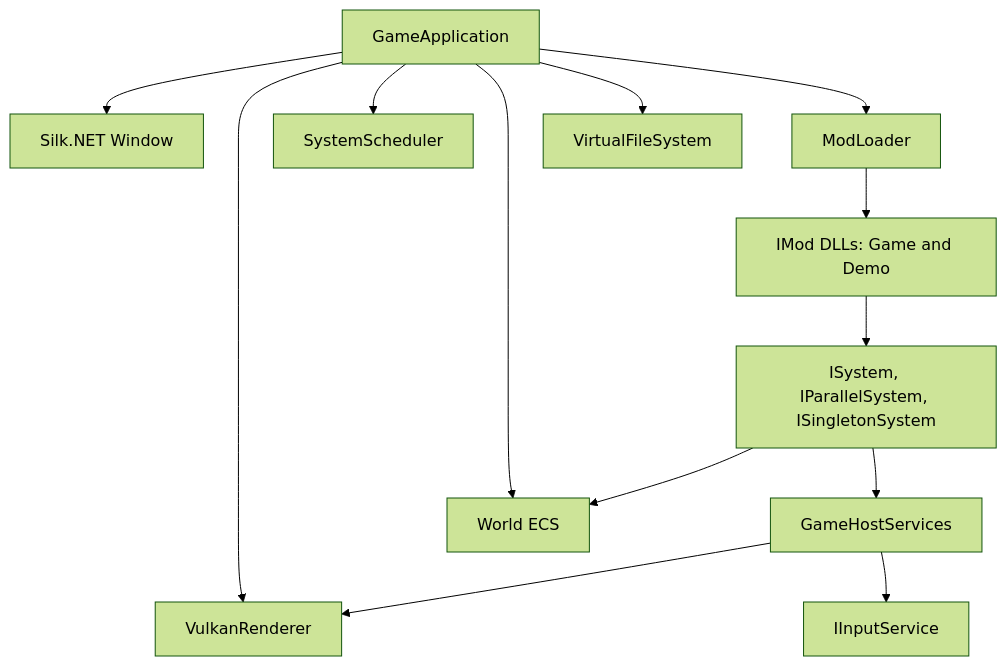
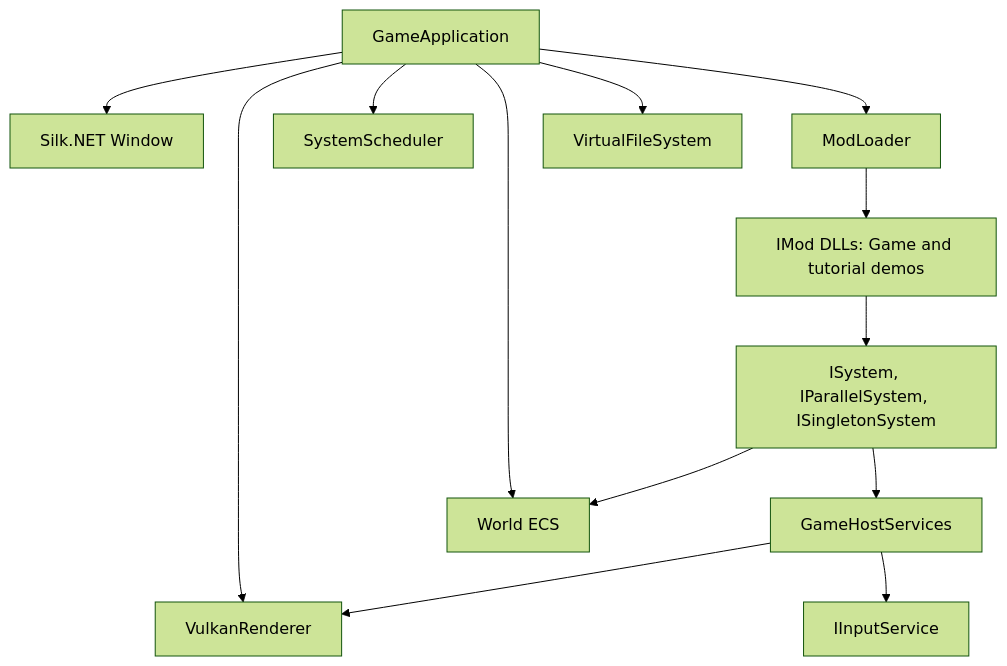
Before and after one commit to wallacet/Cyberland: the diagram in README.md, drawn with Mermaid (forest theme). The commit also changed other lines of this file and 28 other files, not shown here.

````diff
--- a/README.md
+++ b/README.md
@@ -208,27 +209,27 @@
 ```mermaid
 flowchart TB
   GA["GameApplication"]
   WIN["Silk.NET Window"]
   VK["VulkanRenderer"]
   SCHED["SystemScheduler"]
   ECS["World ECS"]
   VFS["VirtualFileSystem"]
   ML["ModLoader"]
-  MODS["IMod DLLs: Game and Demo"]
+  MODS["IMod DLLs: Game and tutorial demos"]
   SYS["ISystem, IParallelSystem, ISingletonSystem"]
   SVC["GameHostServices"]
   INP["IInputService"]
 
   GA --> WIN
   GA --> VK
   GA --> SCHED
   GA --> ECS
   GA --> VFS
   GA --> ML
   ML --> MODS
   MODS --> SYS
   SYS --> ECS
   SYS --> SVC
   SVC --> VK
   SVC --> INP
 ```
````
